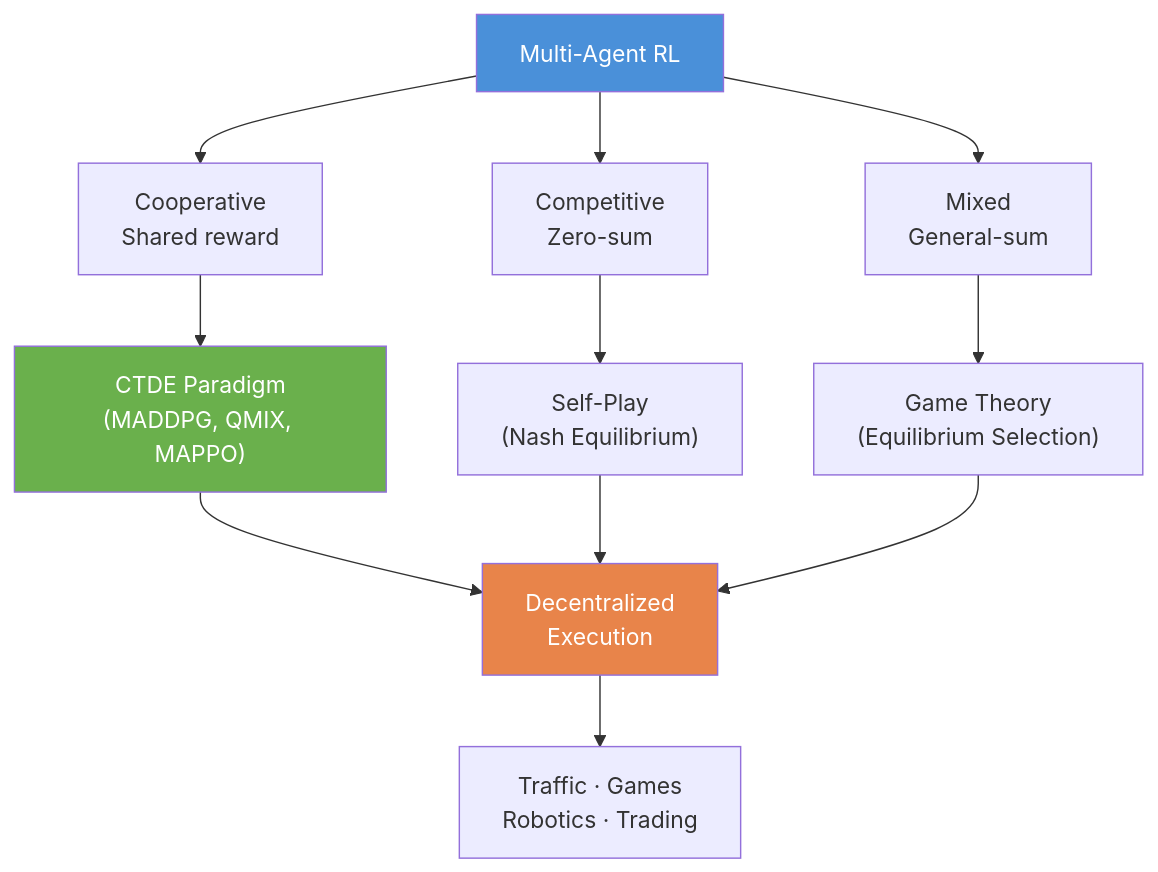
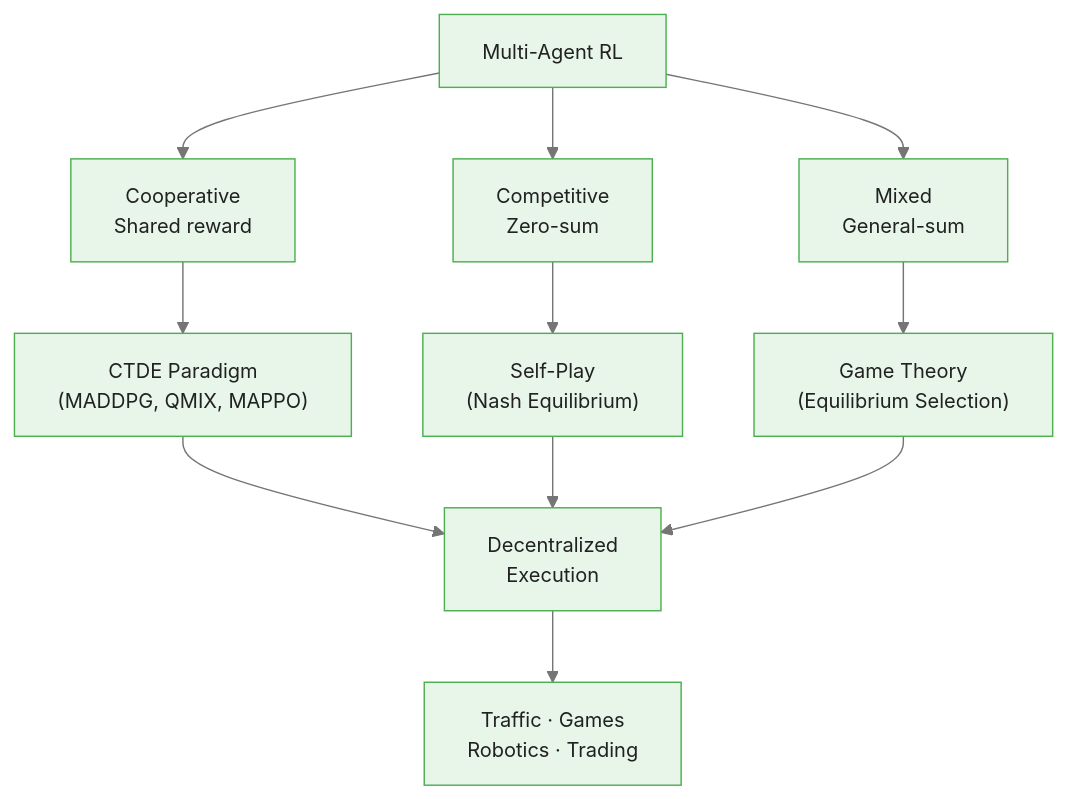
One commit to m-deane/course-creator changed the fifth of 5 diagrams in courses/reinforcement-learning/modules/module_09_frontiers/guides/01_multi_agent_rl_slides.md. Above: the diagram before and after it, drawn with Mermaid. The commit also changed other lines of this file and 131 other files, not shown here.

````diff
--- a/courses/reinforcement-learning/modules/module_09_frontiers/guides/01_multi_agent_rl_slides.md
+++ b/courses/reinforcement-learning/modules/module_09_frontiers/guides/01_multi_agent_rl_slides.md
@@ -322,20 +347,18 @@
 ```mermaid
+%%{init: {"theme": "base", "themeVariables": {"primaryColor": "#e8f5e9", "primaryBorderColor": "#4caf50", "primaryTextColor": "#212121", "secondaryColor": "#e3f2fd", "tertiaryColor": "#fff8e1", "lineColor": "#757575", "fontFamily": "Inter, sans-serif", "fontSize": "14px"}}}%%
 flowchart TD
     MARL["Multi-Agent RL"] --> Coop["Cooperative\nShared reward"]
     MARL --> Comp["Competitive\nZero-sum"]
     MARL --> Mixed["Mixed\nGeneral-sum"]
 
     Coop --> CTDE["CTDE Paradigm\n(MADDPG, QMIX, MAPPO)"]
     Comp --> SP["Self-Play\n(Nash Equilibrium)"]
     Mixed --> GT["Game Theory\n(Equilibrium Selection)"]
 
     CTDE --> Exec["Decentralized\nExecution"]
     SP --> Exec
     GT --> Exec
 
     Exec --> Apps["Traffic · Games\nRobotics · Trading"]
 
-    style MARL fill:#4A90D9,color:#fff
-    style CTDE fill:#6ab04c,color:#fff
-    style Exec fill:#E8844A,color:#fff
 ```
````
